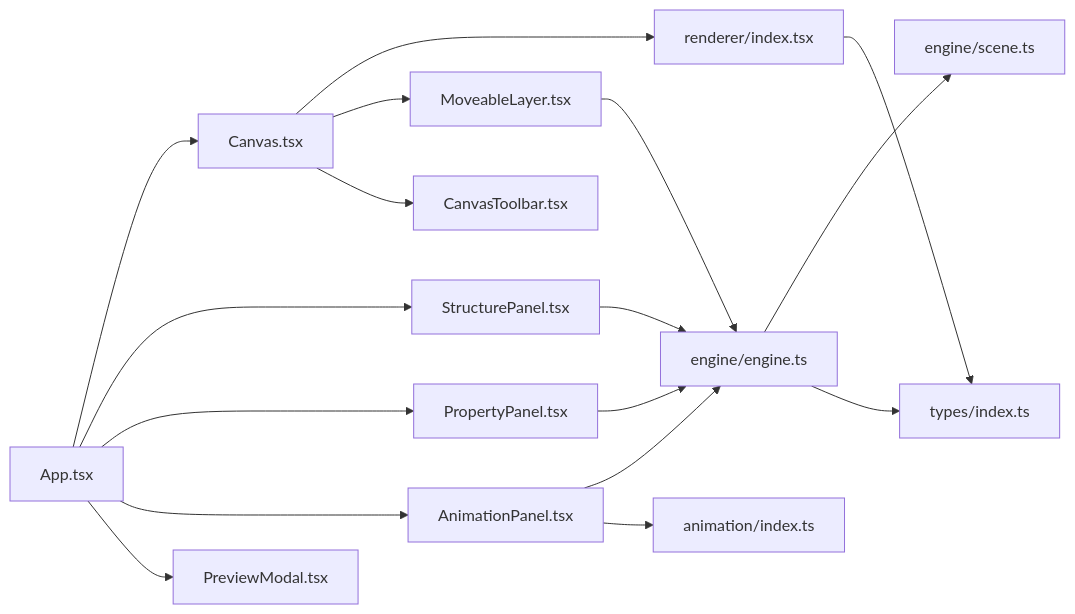
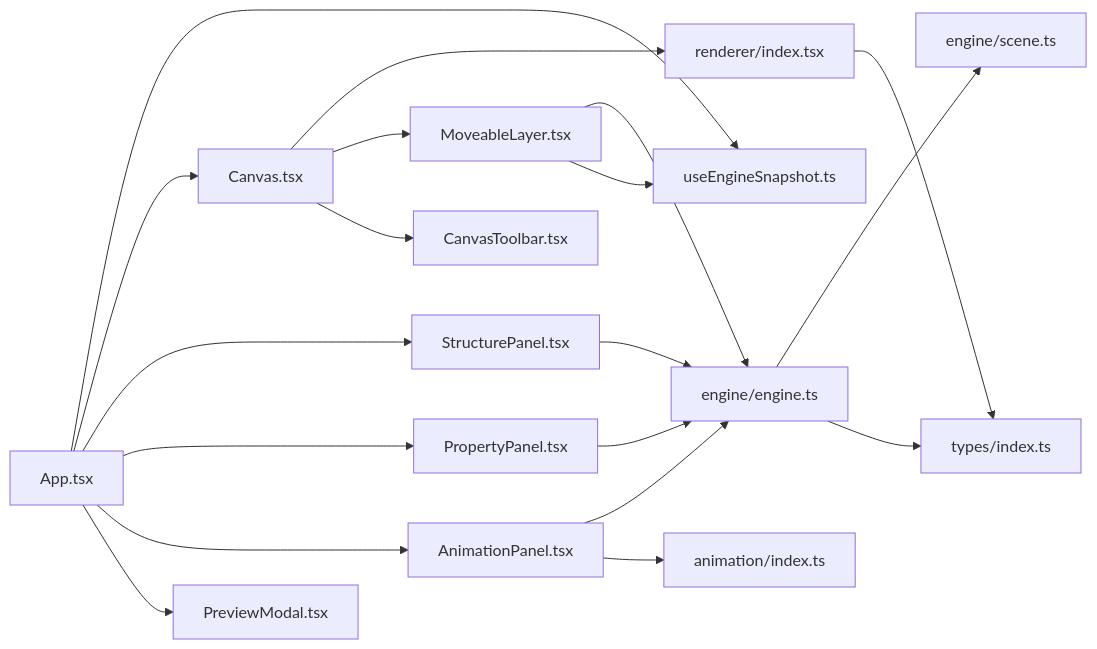
Before and after one commit to Anna0314zy/ai_editor_enginer: the fifth of 5 diagrams in .qoder/repowiki/zh/content/UI组件系统/UI组件系统.md, drawn with Mermaid. The commit also changed other lines of this file and 7 other files, not shown here.

````diff
--- a/.qoder/repowiki/zh/content/UI组件系统/UI组件系统.md
+++ b/.qoder/repowiki/zh/content/UI组件系统/UI组件系统.md
@@ -316,19 +325,21 @@
 ```mermaid
 graph LR
-APP["App.tsx"] --> CANVAS["Canvas.tsx"]
+APP["App.tsx"] --> SNAP["useEngineSnapshot.ts"]
+APP --> CANVAS["Canvas.tsx"]
 APP --> STRUCT["StructurePanel.tsx"]
 APP --> PROPS["PropertyPanel.tsx"]
 APP --> ANIM["AnimationPanel.tsx"]
 APP --> PREVIEW["PreviewModal.tsx"]
 CANVAS --> RENDERER["renderer/index.tsx"]
 CANVAS --> MOVE["MoveableLayer.tsx"]
 CANVAS --> TOOLBAR["CanvasToolbar.tsx"]
 STRUCT --> ENGINE["engine/engine.ts"]
 PROPS --> ENGINE
 ANIM --> ENGINE
 ANIM --> ANIM_MOD["animation/index.ts"]
 MOVE --> ENGINE
+MOVE --> SNAP
 ENGINE --> SCENE["engine/scene.ts"]
 ENGINE --> TYPES["types/index.ts"]
 RENDERER --> TYPES
 ```
````
